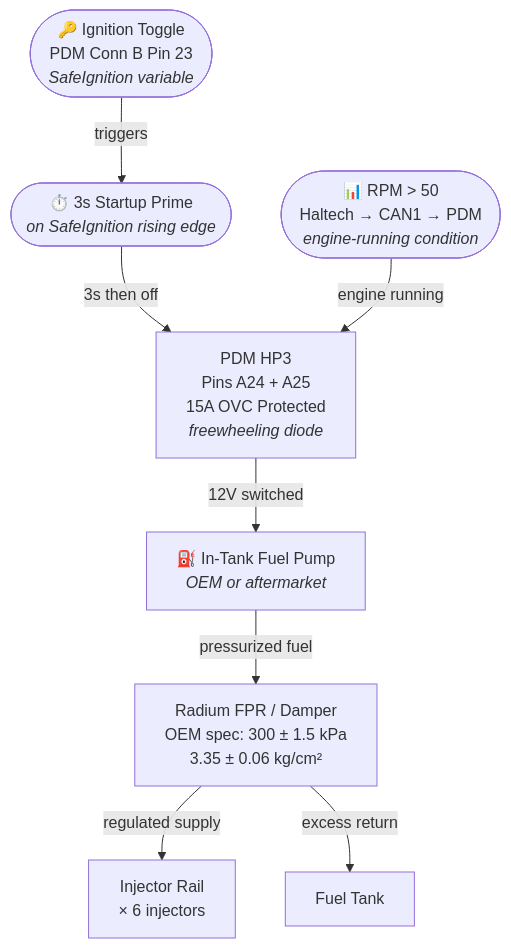
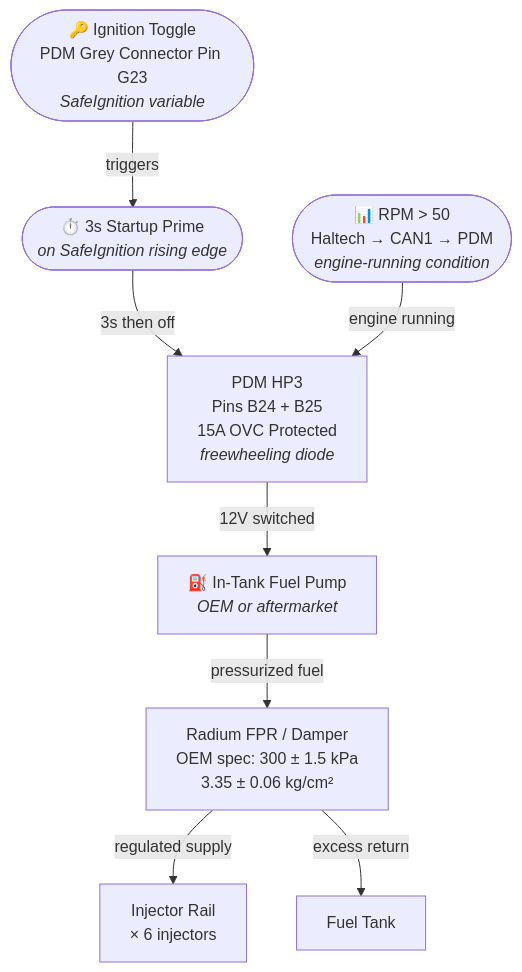
Before and after one commit to JF245-tb/tiburon-gk-knowledgebase: the first of 2 diagrams in Knowledgebase/builds/white-tiburon/diagrams/fuel-pump.md, drawn with Mermaid. The commit also changed other lines of this file and 10 other files, not shown here.

First line of the commit message:
Fix PDM pin labels, add Race Studio output signal dialogs

````diff
--- a/Knowledgebase/builds/white-tiburon/diagrams/fuel-pump.md
+++ b/Knowledgebase/builds/white-tiburon/diagrams/fuel-pump.md
@@ -10,24 +10,24 @@
 ```mermaid
 flowchart TD
-    IGN(["🔑 Ignition Toggle<br/>PDM Conn B Pin 23<br/><i>SafeIgnition variable</i>"])
+    IGN(["🔑 Ignition Toggle<br/>PDM Grey Connector Pin G23<br/><i>SafeIgnition variable</i>"])
     RPM(["📊 RPM &gt; 50<br/>Haltech → CAN1 → PDM<br/><i>engine-running condition</i>"])
     PRIME(["⏱️ 3s Startup Prime<br/><i>on SafeIgnition rising edge</i>"])
 
     IGN -->|triggers| PRIME
     PRIME -->|3s then off| HP3
     RPM -->|engine running| HP3
 
-    HP3["PDM HP3<br/>Pins A24 + A25<br/>15A OVC Protected<br/><i>freewheeling diode</i>"]
+    HP3["PDM HP3<br/>Pins B24 + B25<br/>15A OVC Protected<br/><i>freewheeling diode</i>"]
 
     HP3 -->|"12V switched"| FP["⛽ In-Tank Fuel Pump<br/><i>OEM or aftermarket</i>"]
 
     FP -->|"pressurized fuel"| FPR["Radium FPR / Damper<br/>OEM spec: 300 ± 1.5 kPa<br/>3.35 ± 0.06 kg/cm²"]
 
     FPR -->|"regulated supply"| RAIL["Injector Rail<br/>× 6 injectors"]
     FPR -->|"excess return"| TANK["Fuel Tank"]
 
     click IGN "Knowledgebase/builds/white-tiburon/build-profile.md" "Ignition switch wiring"
     click HP3 "Knowledgebase/hardware/aim/aim-pdm/pdm-configuration-guide.md" "PDM output map"
     click FPR "Knowledgebase/builds/white-tiburon/build-profile.md" "Radium FPR details"
     click RAIL "Knowledgebase/common/shop-manual/fuel-system.md" "FLA-2: injector specs"
 ```
````
